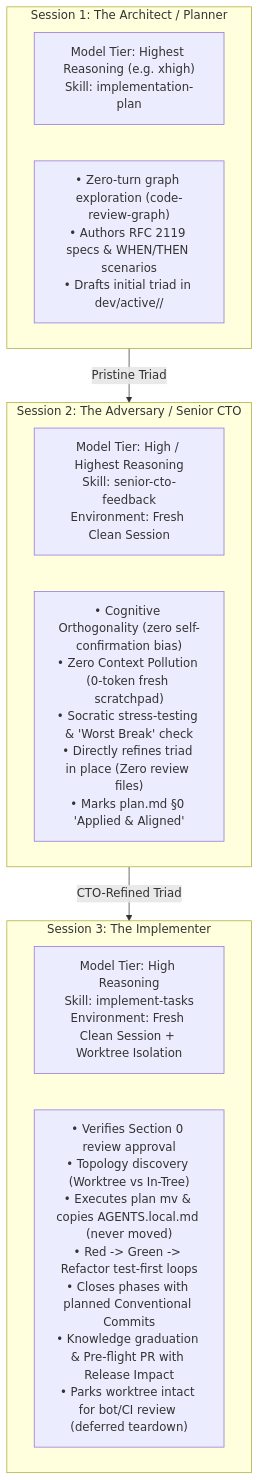
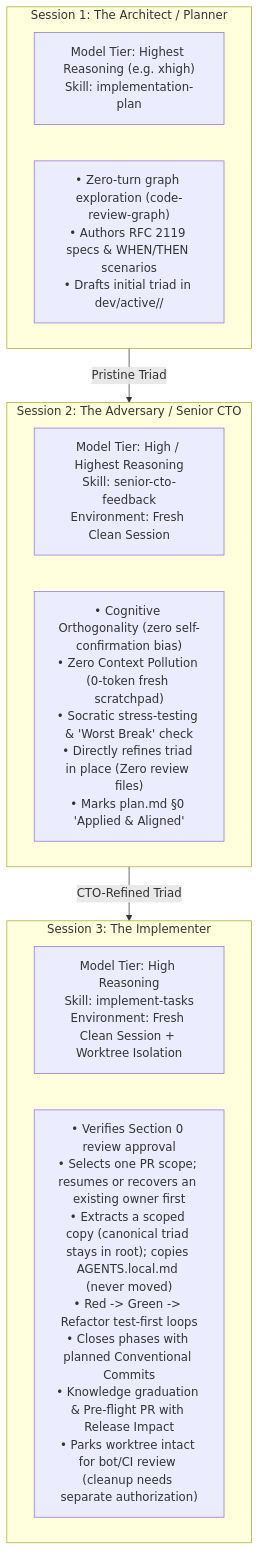
One commit to islamu-ngo/Event changed the third of 12 diagrams in docs/internal/AGENTIC_CONTEXT_ENGINEERING.md. Above: the diagram before and after it, drawn with Mermaid. The commit also changed other lines of this file and 7 other files, not shown here.

First line of the commit message:
docs(documentation): execute one pull request scope and reconcile before cleanup

````diff
--- a/docs/internal/AGENTIC_CONTEXT_ENGINEERING.md
+++ b/docs/internal/AGENTIC_CONTEXT_ENGINEERING.md
@@ -130,20 +134,20 @@
 ```mermaid
 flowchart TD
     subgraph S1["Session 1: The Architect / Planner"]
         M1["Model Tier: Highest Reasoning (e.g. xhigh)\nSkill: implementation-plan"]
         A1["• Zero-turn graph exploration (code-review-graph)\n• Authors RFC 2119 specs & WHEN/THEN scenarios\n• Drafts initial triad in dev/active/<task>/"]
     end
 
     subgraph S2["Session 2: The Adversary / Senior CTO"]
         M2["Model Tier: High / Highest Reasoning\nSkill: senior-cto-feedback\nEnvironment: Fresh Clean Session"]
         A2["• Cognitive Orthogonality (zero self-confirmation bias)\n• Zero Context Pollution (0-token fresh scratchpad)\n• Socratic stress-testing & 'Worst Break' check\n• Directly refines triad in place (Zero review files)\n• Marks plan.md §0 'Applied & Aligned'"]
     end
 
     subgraph S3["Session 3: The Implementer"]
         M3["Model Tier: High Reasoning\nSkill: implement-tasks\nEnvironment: Fresh Clean Session + Worktree Isolation"]
-        A3["• Verifies Section 0 review approval\n• Topology discovery (Worktree vs In-Tree)\n• Executes plan mv & copies AGENTS.local.md (never moved)\n• Red -> Green -> Refactor test-first loops\n• Closes phases with planned Conventional Commits\n• Knowledge graduation & Pre-flight PR with Release Impact\n• Parks worktree intact for bot/CI review (deferred teardown)"]
+        A3["• Verifies Section 0 review approval\n• Selects one PR scope; resumes or recovers an existing owner first\n• Extracts a scoped copy (canonical triad stays in root); copies AGENTS.local.md (never moved)\n• Red -> Green -> Refactor test-first loops\n• Closes phases with planned Conventional Commits\n• Knowledge graduation & Pre-flight PR with Release Impact\n• Parks worktree intact for bot/CI review (cleanup needs separate authorization)"]
     end
 
     S1 -->|Pristine Triad| S2
     S2 -->|CTO-Refined Triad| S3
 ```
````
